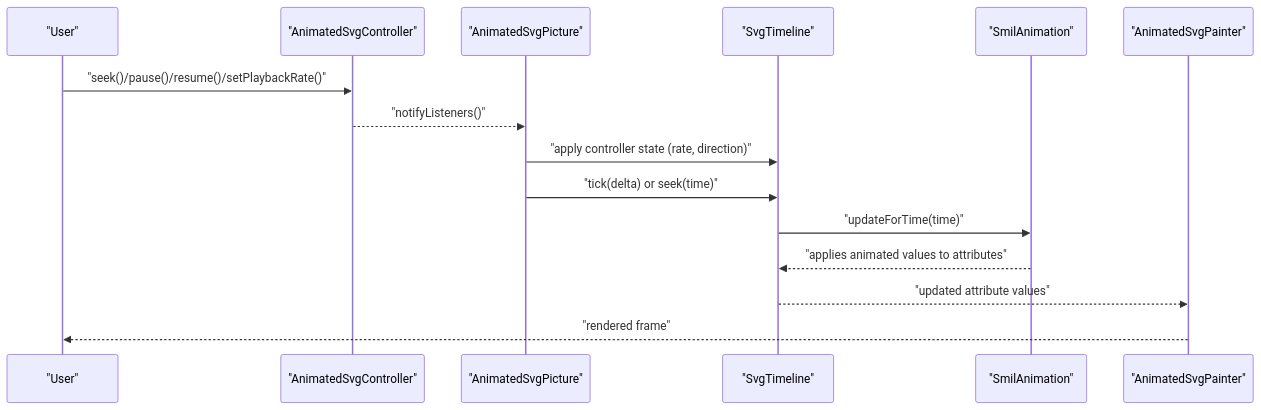
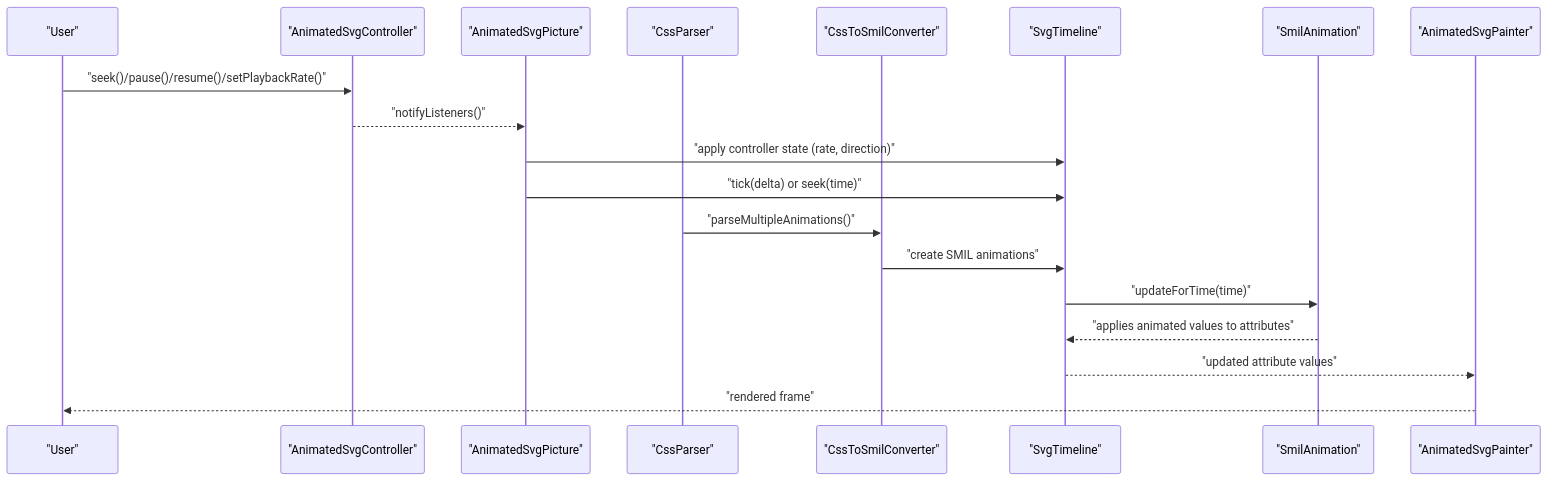
The second of 3 diagrams in .qoder/repowiki/en/content/Animated SVG Support/Animation Control and Playback.md (denisnadey/flutter_full_svg_support), drawn with Mermaid before and after one commit. The commit also changed other lines of this file and 39 other files, not shown here.

````diff
--- a/.qoder/repowiki/en/content/Animated SVG Support/Animation Control and Playback.md
+++ b/.qoder/repowiki/en/content/Animated SVG Support/Animation Control and Playback.md
@@ -87,17 +127,21 @@
 ```mermaid
 sequenceDiagram
 participant User as "User"
 participant Controller as "AnimatedSvgController"
 participant Picture as "AnimatedSvgPicture"
+participant CssParser as "CssParser"
+participant Converter as "CssToSmilConverter"
 participant Timeline as "SvgTimeline"
 participant Animation as "SmilAnimation"
 participant Painter as "AnimatedSvgPainter"
 User->>Controller : "seek()/pause()/resume()/setPlaybackRate()"
 Controller-->>Picture : "notifyListeners()"
 Picture->>Timeline : "apply controller state (rate, direction)"
 Picture->>Timeline : "tick(delta) or seek(time)"
+CssParser->>Converter : "parseMultipleAnimations()"
+Converter->>Timeline : "create SMIL animations"
 Timeline->>Animation : "updateForTime(time)"
 Animation-->>Timeline : "applies animated values to attributes"
 Timeline-->>Painter : "updated attribute values"
 Painter-->>User : "rendered frame"
 ```
````
